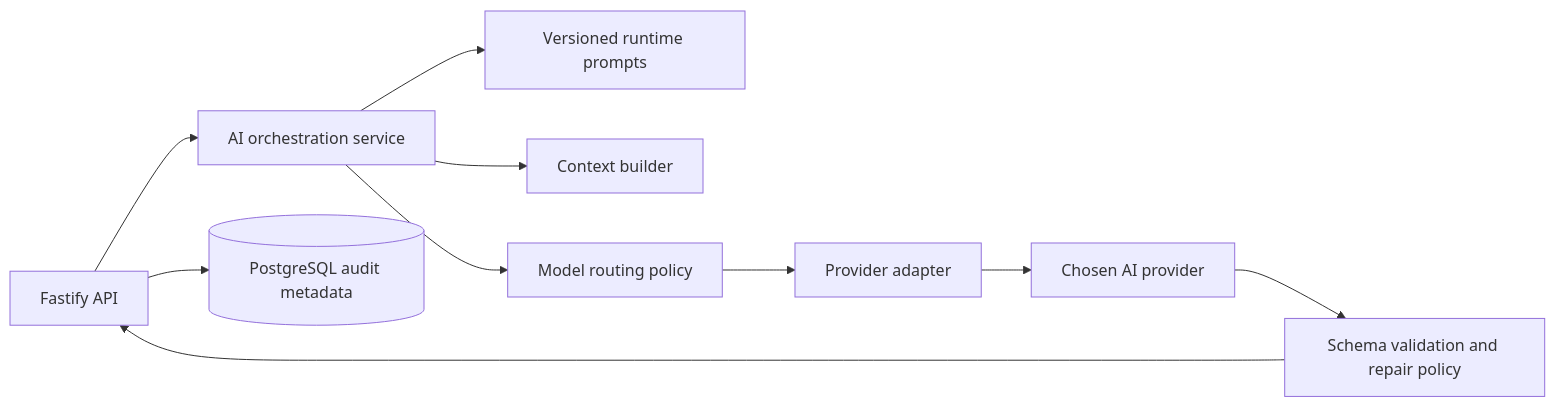
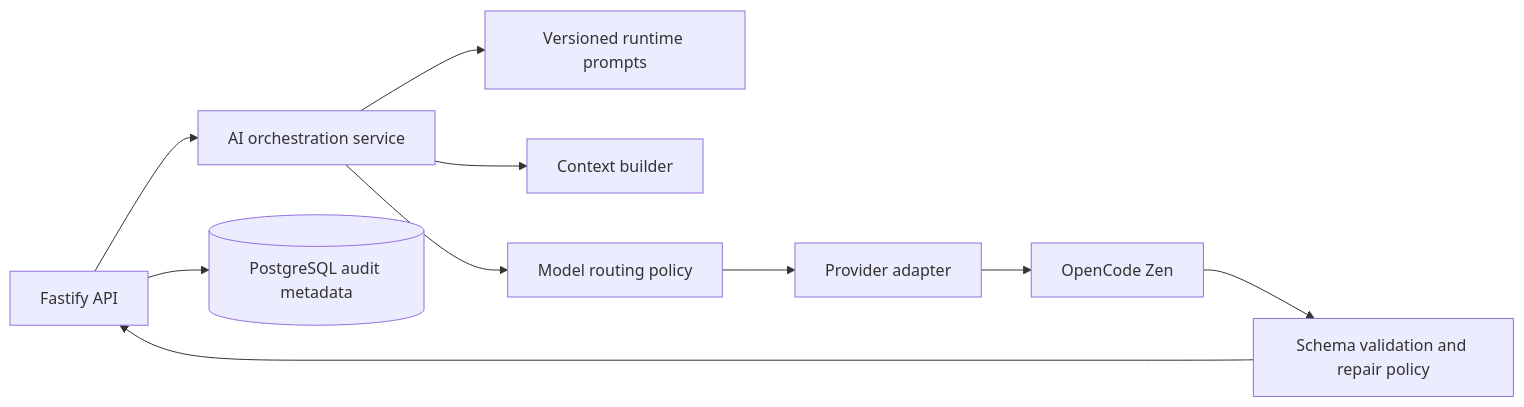
The diagram in docs/ai/ARCHITECTURE.md (UbaidUrRehmaanDar/Debatr), drawn with Mermaid before and after one commit. The commit also changed other lines of this file and 11 other files, not shown here.

Commit message:
Update docs and config to final decisions: Better Auth, Neon+Drizzle, OpenCode Zen, debate defaults, .env.example

````diff
--- a/docs/ai/ARCHITECTURE.md
+++ b/docs/ai/ARCHITECTURE.md
@@ -9,12 +9,12 @@
 ```mermaid
 flowchart LR
   API[Fastify API] --> ORCH[AI orchestration service]
   ORCH --> PROMPTS[Versioned runtime prompts]
   ORCH --> CONTEXT[Context builder]
   ORCH --> ROUTER[Model routing policy]
   ROUTER --> ADAPTER[Provider adapter]
-  ADAPTER --> PROVIDER[Chosen AI provider]
+  ADAPTER --> PROVIDER[OpenCode Zen]
   PROVIDER --> VALIDATE[Schema validation and repair policy]
   VALIDATE --> API
   API --> DB[(PostgreSQL audit metadata)]
 ```
````
